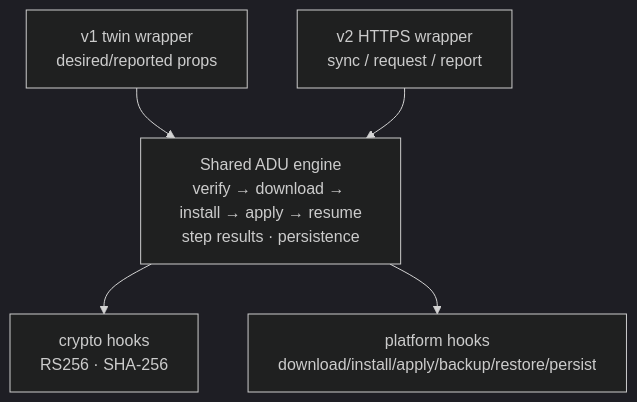
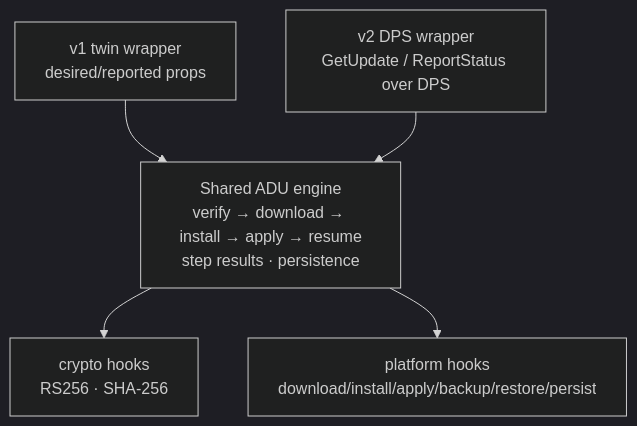
Before and after one commit to Azure/azure-iot-sdk: the fourth of 4 diagrams in c/docs/eng/adu-client-plan.md, drawn with Mermaid (dark theme). The commit also changed other lines of this file and 2 other files, not shown here.

First line of the commit message:
Refactor ADUv2 to the DPS-fronted design; add aduv2-spec; scrub cost estimates

````diff
--- a/c/docs/eng/adu-client-plan.md
+++ b/c/docs/eng/adu-client-plan.md
@@ -286,8 +280,8 @@
 ```mermaid
 flowchart TB
     ENG["Shared ADU engine<br/>verify → download → install → apply → resume<br/>step results · persistence"]
     TW["v1 twin wrapper<br/>desired/reported props"] --> ENG
-    HT["v2 HTTPS wrapper<br/>sync / request / report"] --> ENG
+    DP["v2 DPS wrapper<br/>GetUpdate / ReportStatus over DPS"] --> ENG
     ENG --> CR["crypto hooks<br/>RS256 · SHA-256"]
     ENG --> PL["platform hooks<br/>download/install/apply/backup/restore/persist"]
 ```
````
